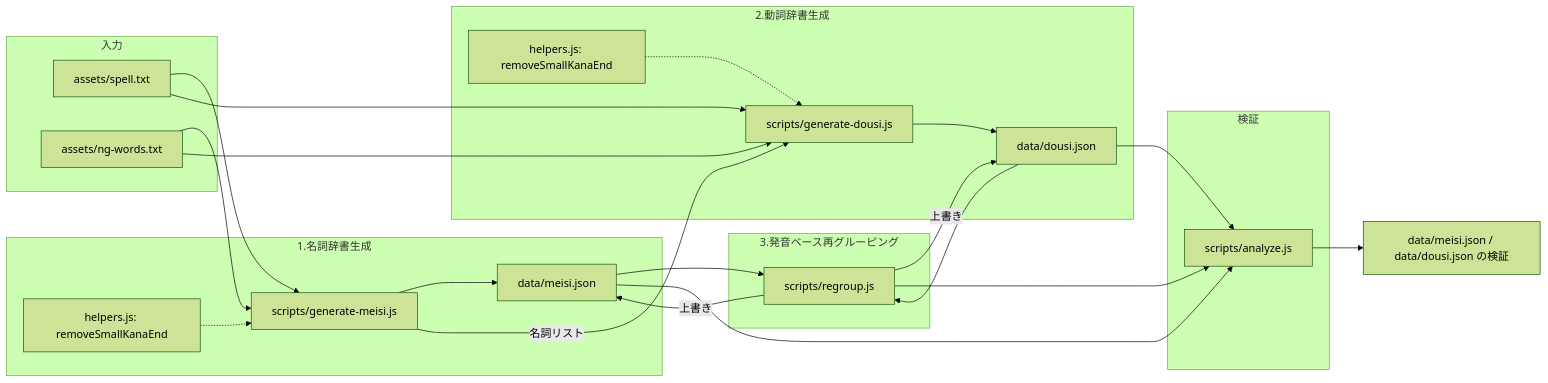
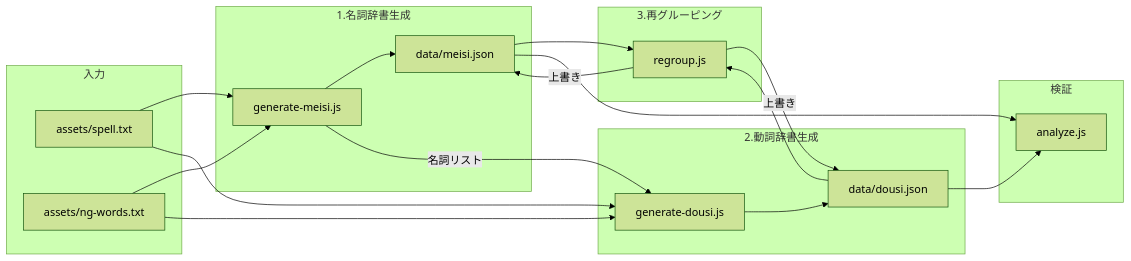
One commit to amanoese/yukichant changed the first of 10 diagrams in docs/dictionary-generation.md. Above: the diagram before and after it, drawn with Mermaid (forest theme). The commit also changed other lines of this file, not shown here.

````diff
--- a/docs/dictionary-generation.md
+++ b/docs/dictionary-generation.md
@@ -15,45 +22,39 @@
 ```mermaid
 flowchart LR
     subgraph 入力
         A[assets/spell.txt]
         B[assets/ng-words.txt]
     end
 
     subgraph 1.名詞辞書生成
-        C[scripts/generate-meisi.js]
-        C1[helpers.js: removeSmallKanaEnd]
+        C[generate-meisi.js]
         D[data/meisi.json]
     end
 
     subgraph 2.動詞辞書生成
-        E[scripts/generate-dousi.js]
-        E1[helpers.js: removeSmallKanaEnd]
+        E[generate-dousi.js]
         F[data/dousi.json]
     end
 
-    subgraph 3.発音ベース再グルーピング
-        G[scripts/regroup.js]
+    subgraph 3.再グルーピング
+        G[regroup.js]
     end
 
     subgraph 検証
-        H[scripts/analyze.js]
+        H[analyze.js]
     end
 
     A --> C
     B --> C
-    C1 -.-> C
     C --> D
     C -->|名詞リスト| E
     A --> E
     B --> E
-    E1 -.-> E
     E --> F
     D --> G
     F --> G
     G -->|上書き| D
     G -->|上書き| F
     D --> H
     F --> H
-    G --> H
-    H --> I[data/meisi.json / data/dousi.json の検証]
 ```
````
